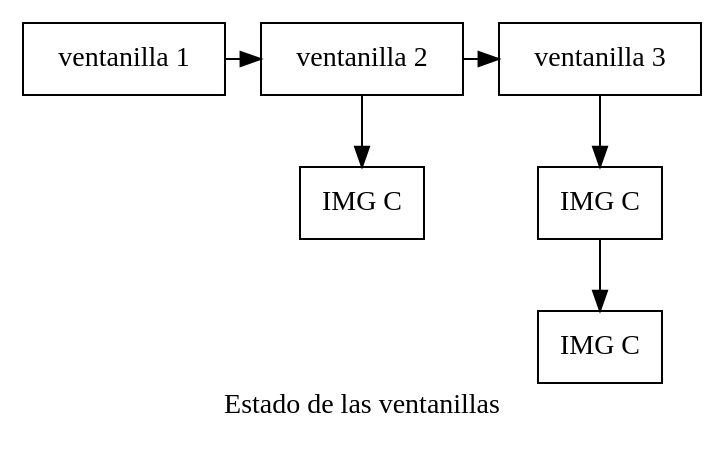
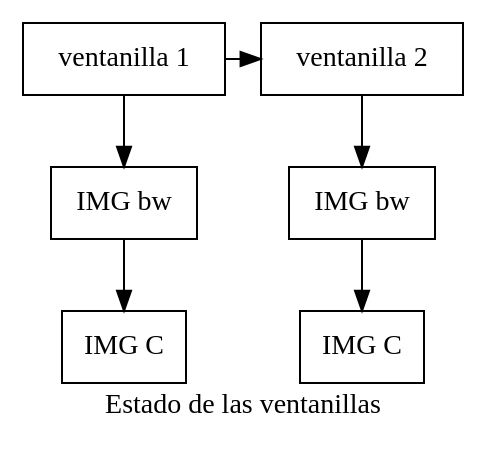
One commit to Kelly901/EDD_PROYECTO_FASE1_201900716 changed the diagram in [EDD]PROYECTO_FASE1_201900716/Proyecto1_Edd/ventanilla.dot. Above: the diagram before and after it, drawn with Graphviz. The commit also changed 26 other files, not shown here.

```diff
--- a/[EDD]PROYECTO_FASE1_201900716/Proyecto1_Edd/ventanilla.dot
+++ b/[EDD]PROYECTO_FASE1_201900716/Proyecto1_Edd/ventanilla.dot
@@ -1,18 +1,18 @@
 digraph G{
 label="Estado de las ventanillas";
 node[shape=box];
 nV1706377736[label="ventanilla 1"];
+nP1804094807[label="IMG bw"];
+nP951007336[label="IMG C"];
 nV468121027[label="ventanilla 2"];
-nP951007336[label="IMG C"];
-nV1804094807[label="ventanilla 3"];
-nP2001049719[label="IMG C"];
+nP2001049719[label="IMG bw"];
 nP1528902577[label="IMG C"];
 
 nV1706377736->nV468121027;
-nV468121027->nV1804094807;
-nV468121027->nP951007336;
-nV1804094807->nP2001049719;
+nV1706377736->nP1804094807;
+nP1804094807->nP951007336;
+nV468121027->nP2001049719;
 nP2001049719->nP1528902577;
 
-{rank=same;nV1706377736;nV468121027;nV1804094807;}
+{rank=same;nV1706377736;nV468121027;}
 }
```
